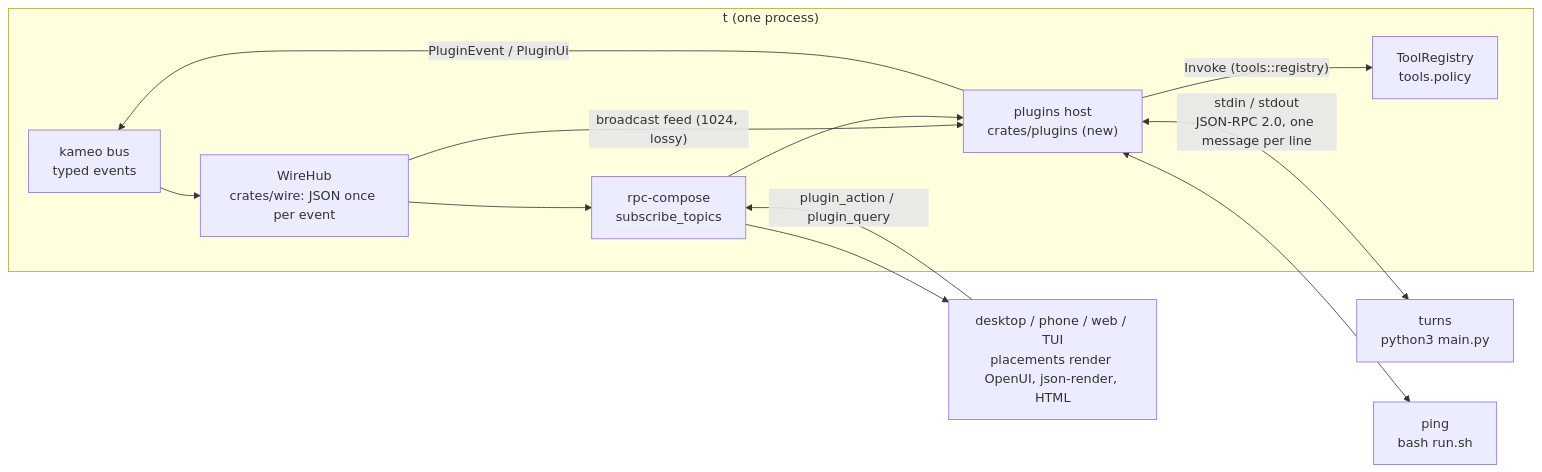
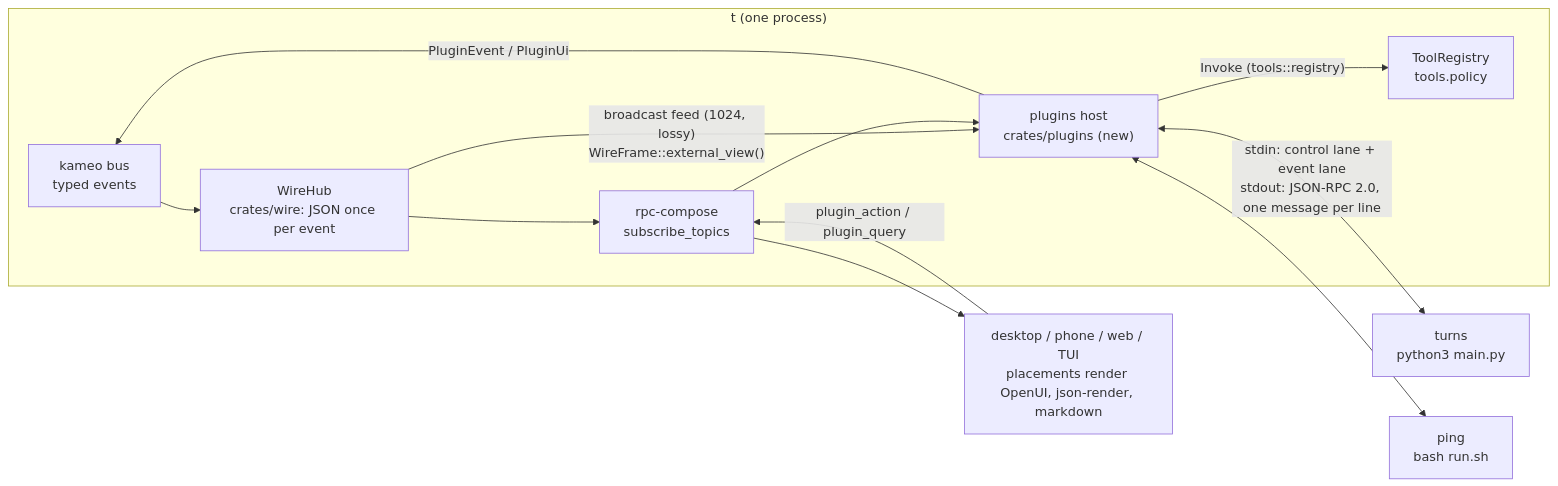
The first of 3 diagrams in docs/design/216-external-plugins.md (BaseDatum/Theuth), drawn with Mermaid before and after one commit. The commit also changed other lines of this file and 5 other files, not shown here.

Commit message:
docs: design 216 — external plugins in any language (revised after review)

````diff
--- a/docs/design/216-external-plugins.md
+++ b/docs/design/216-external-plugins.md
@@ -17,14 +26,14 @@
 ```mermaid
 flowchart LR
   subgraph engine["t (one process)"]
     bus["kameo bus<br/>typed events"] --> hub["WireHub<br/>crates/wire: JSON once per event"]
-    hub -- "broadcast feed (1024, lossy)" --> host["plugins host<br/>crates/plugins (new)"]
+    hub -- "broadcast feed (1024, lossy)<br/>WireFrame::external_view()" --> host["plugins host<br/>crates/plugins (new)"]
     host -- "PluginEvent / PluginUi" --> bus
     host -- "Invoke (tools::registry)" --> reg["ToolRegistry<br/>tools.policy"]
     hub --> rpc["rpc-compose<br/>subscribe_topics"]
   end
-  host <-- "stdin / stdout<br/>JSON-RPC 2.0, one message per line" --> p1["turns<br/>python3 main.py"]
+  host <-- "stdin: control lane + event lane<br/>stdout: JSON-RPC 2.0, one message per line" --> p1["turns<br/>python3 main.py"]
   host <--> p2["ping<br/>bash run.sh"]
-  rpc --> ui["desktop / phone / web / TUI<br/>placements render OpenUI, json-render, HTML"]
+  rpc --> ui["desktop / phone / web / TUI<br/>placements render OpenUI, json-render, markdown"]
   ui -- "plugin_action / plugin_query" --> rpc --> host
 ```
````
